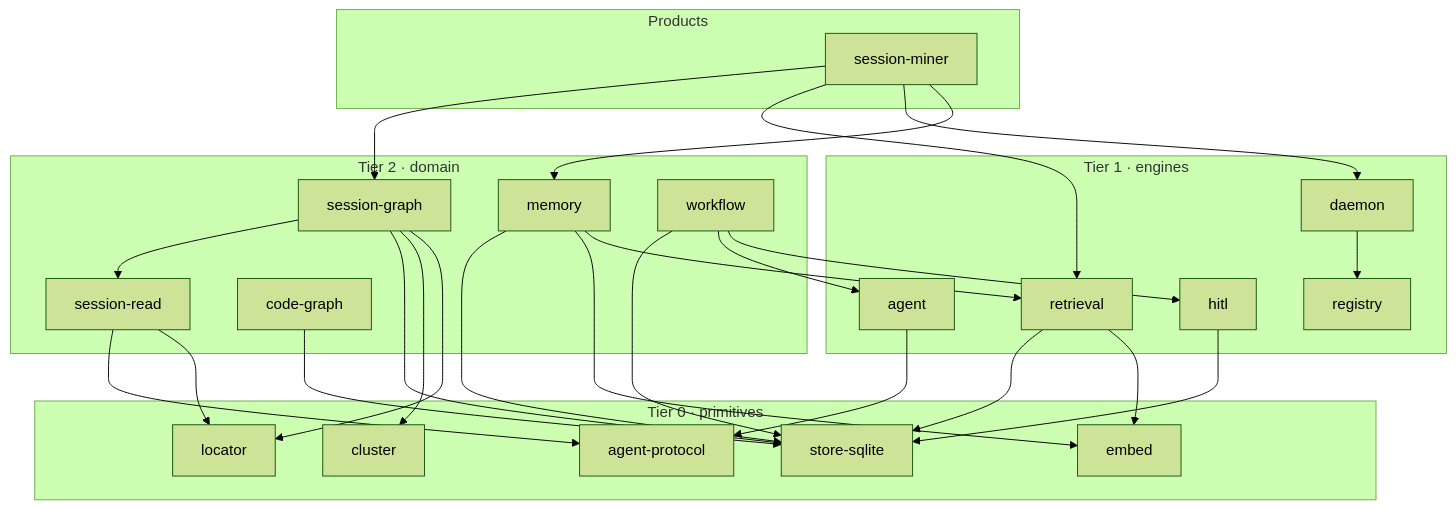
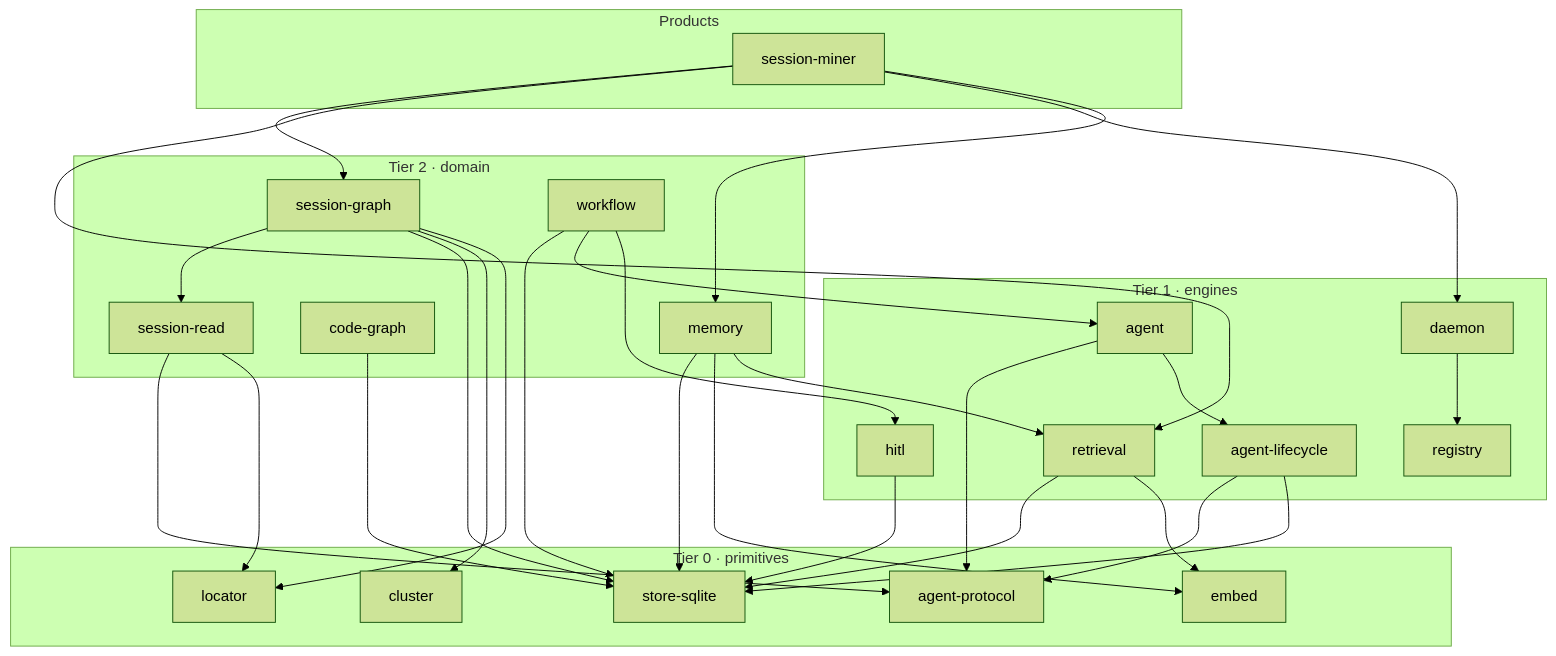
The first of 2 diagrams in site/guides/architecture.md (HJewkes/titan-platform), drawn with Mermaid (forest theme) before and after one commit. The commit also changed other lines of this file and 54 other files, not shown here.

````diff
--- a/site/guides/architecture.md
+++ b/site/guides/architecture.md
@@ -18,50 +18,54 @@
 ```mermaid
 graph TD
   subgraph T0["Tier 0 · primitives"]
     store["store-sqlite"]
     locator["locator"]
     clusterpkg["cluster"]
     embed["embed"]
     protocol["agent-protocol"]
   end
   subgraph T1["Tier 1 · engines"]
     retrieval["retrieval"]
     agent["agent"]
+    lifecycle["agent-lifecycle"]
     registry["registry"]
     daemon["daemon"]
     hitl["hitl"]
   end
   subgraph T2["Tier 2 · domain"]
     sessionread["session-read"]
     sessiongraph["session-graph"]
     codegraph["code-graph"]
     memory["memory"]
     workflow["workflow"]
   end
   subgraph P["Products"]
     miner["session-miner"]
   end
 
   retrieval --> store
   retrieval --> embed
   daemon --> registry
   hitl --> store
   agent --> protocol
+  agent --> lifecycle
+  lifecycle --> protocol
+  lifecycle --> store
   sessionread --> protocol
   sessionread --> locator
   sessiongraph --> sessionread
   sessiongraph --> store
   sessiongraph --> clusterpkg
   sessiongraph --> locator
   codegraph --> store
   memory --> store
   memory --> embed
   memory --> retrieval
   workflow --> store
   workflow --> agent
   workflow --> hitl
   miner --> sessiongraph
   miner --> retrieval
   miner --> daemon
   miner --> memory
 ```
````
